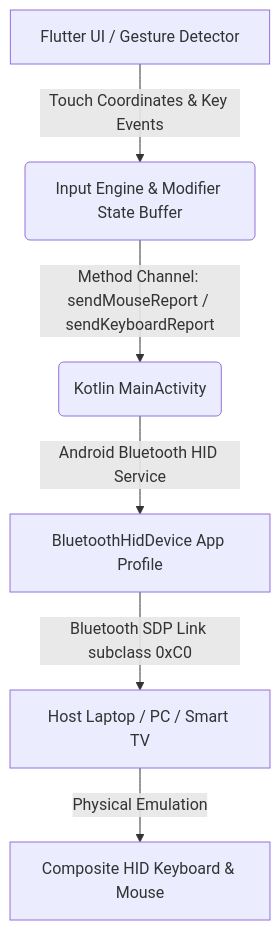
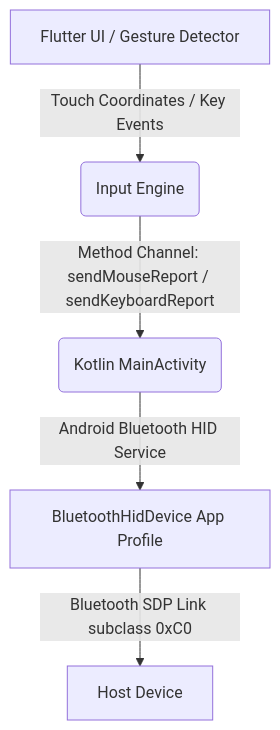
Before and after one commit to Poggecci/couchmouse: the diagram in README.md, drawn with Mermaid. The commit also changed other lines of this file, not shown here.

````diff
--- a/README.md
+++ b/README.md
@@ -47,8 +36,7 @@
 ```mermaid
 graph TD
-    A[Flutter UI / Gesture Detector] -->|Touch Coordinates & Key Events| B(Input Engine & Modifier State Buffer)
+    A[Flutter UI / Gesture Detector] -->|Touch Coordinates / Key Events| B(Input Engine)
     B -->|Method Channel: sendMouseReport / sendKeyboardReport| C(Kotlin MainActivity)
     C -->|Android Bluetooth HID Service| D[BluetoothHidDevice App Profile]
-    D -->|Bluetooth SDP Link subclass 0xC0| E[Host Laptop / PC / Smart TV]
-    E -->|Physical Emulation| F[Composite HID Keyboard & Mouse]
+    D -->|Bluetooth SDP Link subclass 0xC0| E[Host Device]
 ```
````
